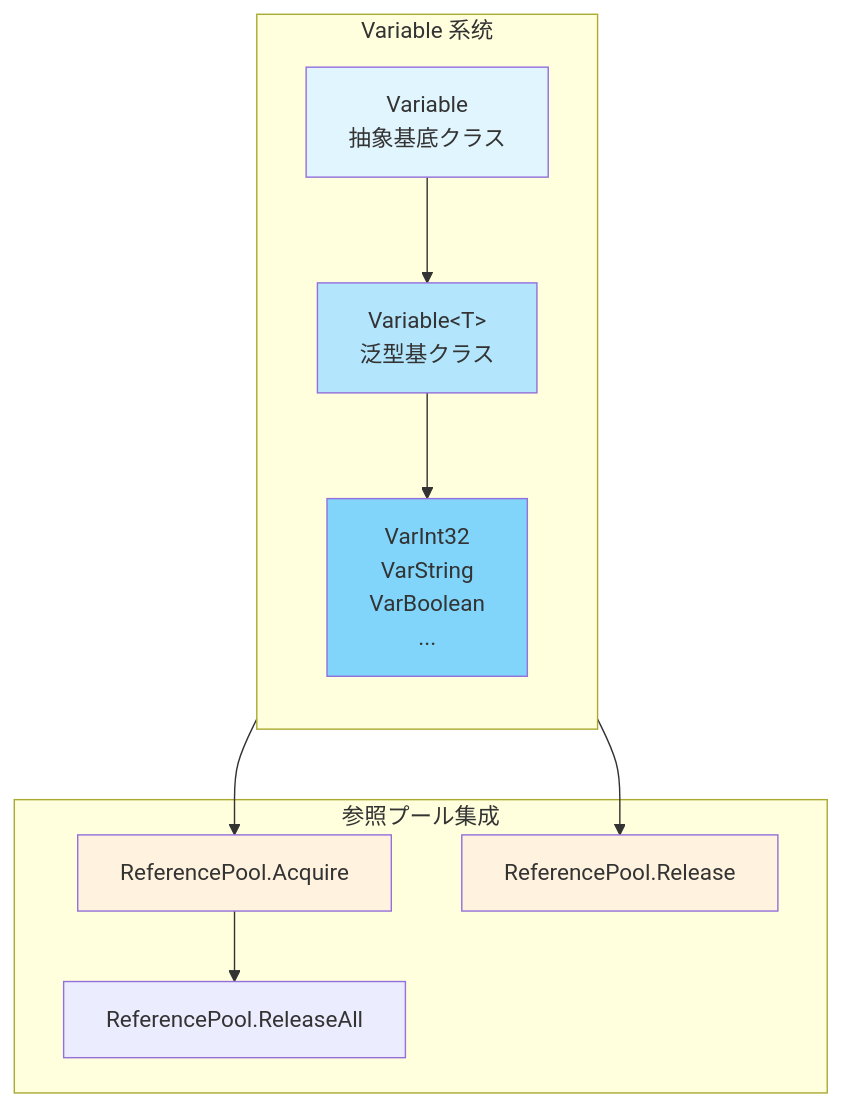
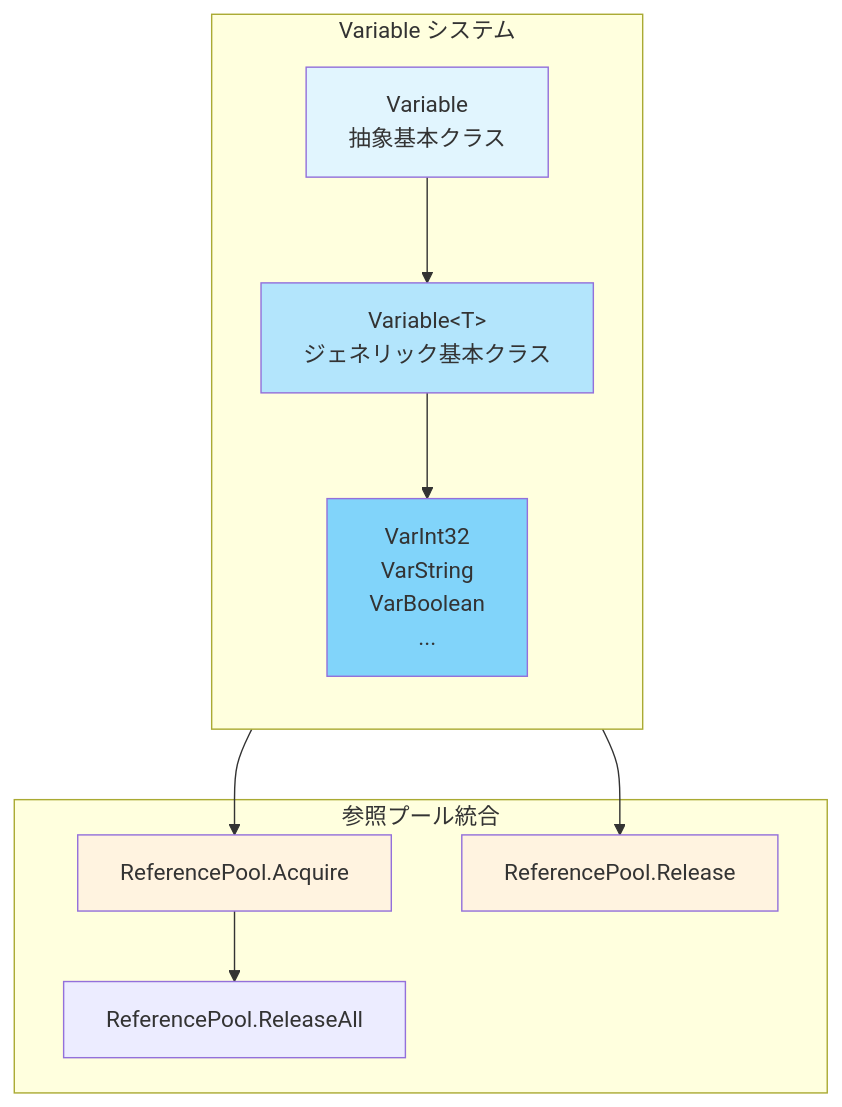
One commit to AlianBlank/GameFrameX.Docs changed the third of 5 diagrams in docs/ja/client/unity/component/core/10.property-system.md. Above: the diagram before and after it, drawn with Mermaid. The commit also changed other lines of this file and 320 other files, not shown here.

````diff
--- a/docs/ja/client/unity/component/core/10.property-system.md
+++ b/docs/ja/client/unity/component/core/10.property-system.md
@@ -242,29 +242,29 @@
 ```mermaid
 flowchart TD
-    subgraph VariableSystem["Variable 系统"]
+    subgraph VariableSystem["Variable システム"]
         direction TB
-        
-        V1[Variable<br/>抽象基底クラス]
-        V2[Variable&lt;T&gt;<br/>泛型基クラス]
+
+        V1[Variable<br/>抽象基本クラス]
+        V2[Variable&lt;T&gt;<br/>ジェネリック基本クラス]
         V3[VarInt32<br/>VarString<br/>VarBoolean<br/>...]
-        
+
         V1 --> V2
         V2 --> V3
     end
-    
-    subgraph PoolIntegration["参照プール集成"]
+
+    subgraph PoolIntegration["参照プール統合"]
         P1[ReferencePool.Acquire]
         P2[ReferencePool.Release]
         P3[ReferencePool.ReleaseAll]
     end
-    
+
     V3 --> P1
     V3 --> P2
     P1 --> P3
-    
+
     style V1 fill:#e1f5fe
     style V2 fill:#b3e5fc
     style V3 fill:#81d4fa
     style P1 fill:#fff3e0
     style P2 fill:#fff3e0
 ```
````
